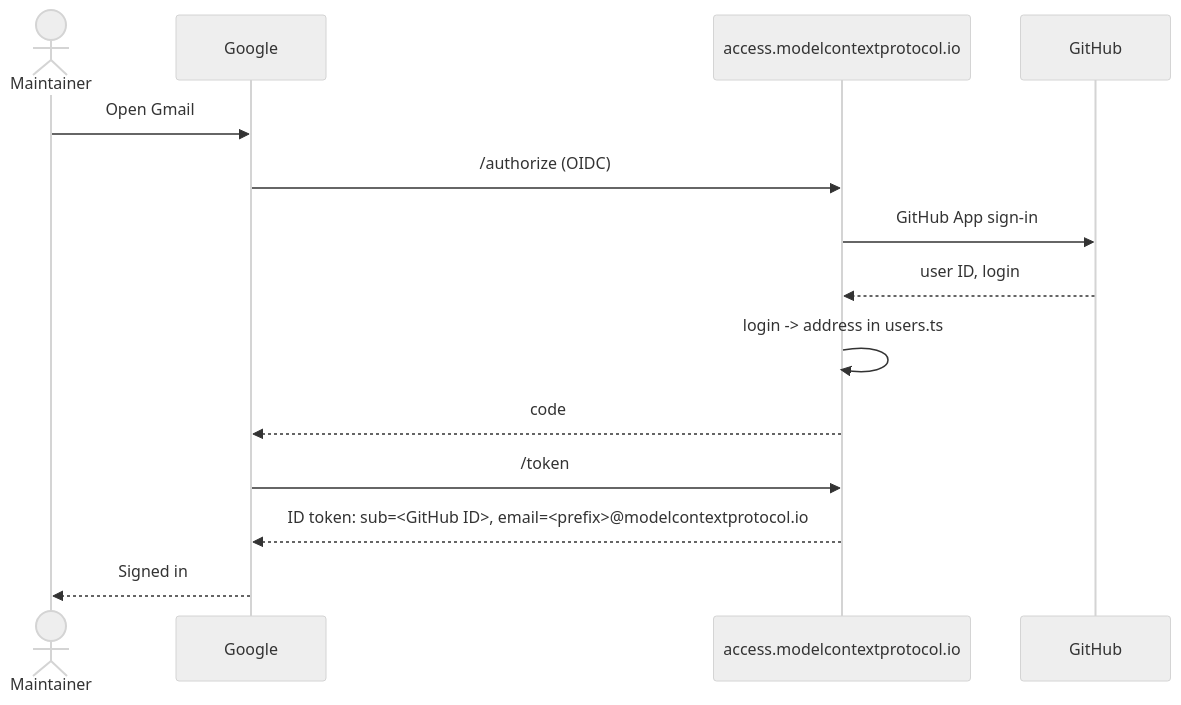
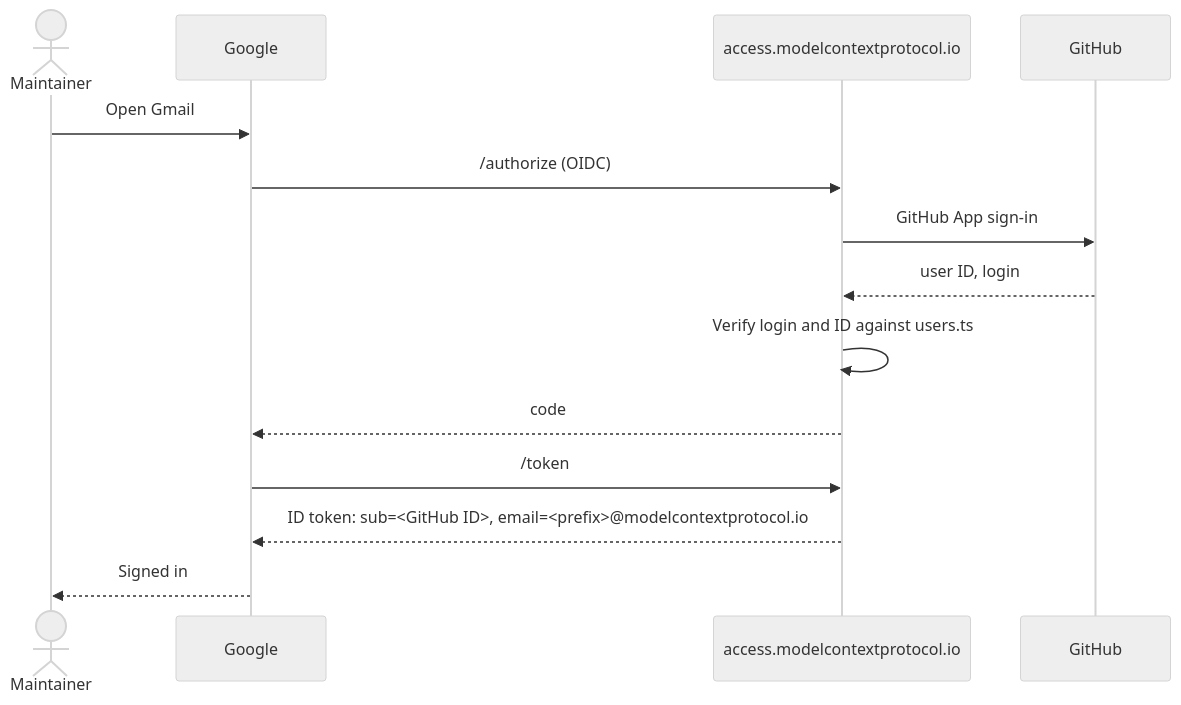
The diagram in access-site/README.md (modelcontextprotocol/access), drawn with Mermaid (neutral theme) before and after one commit. The commit also changed other lines of this file and 19 other files, not shown here.

````diff
--- a/access-site/README.md
+++ b/access-site/README.md
@@ -13,16 +13,16 @@
 ```mermaid
 sequenceDiagram
   actor M as Maintainer
   participant G as Google
   participant W as access.modelcontextprotocol.io
   participant GH as GitHub
   M->>G: Open Gmail
   G->>W: /authorize (OIDC)
   W->>GH: GitHub App sign-in
   GH-->>W: user ID, login
-  W->>W: login -> address in users.ts
+  W->>W: Verify login and ID against users.ts
   W-->>G: code
   G->>W: /token
   W-->>G: ID token: sub=<GitHub ID>, email=<prefix>@modelcontextprotocol.io
   G-->>M: Signed in
 ```
````
